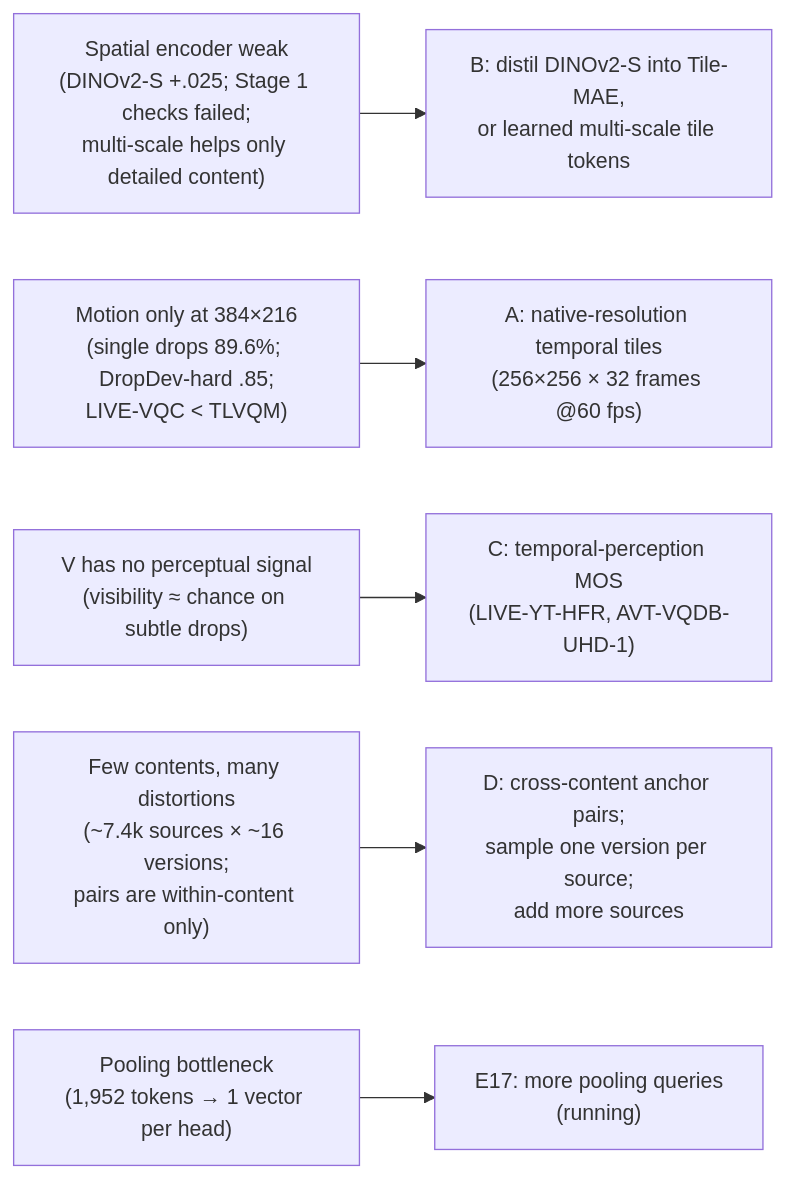
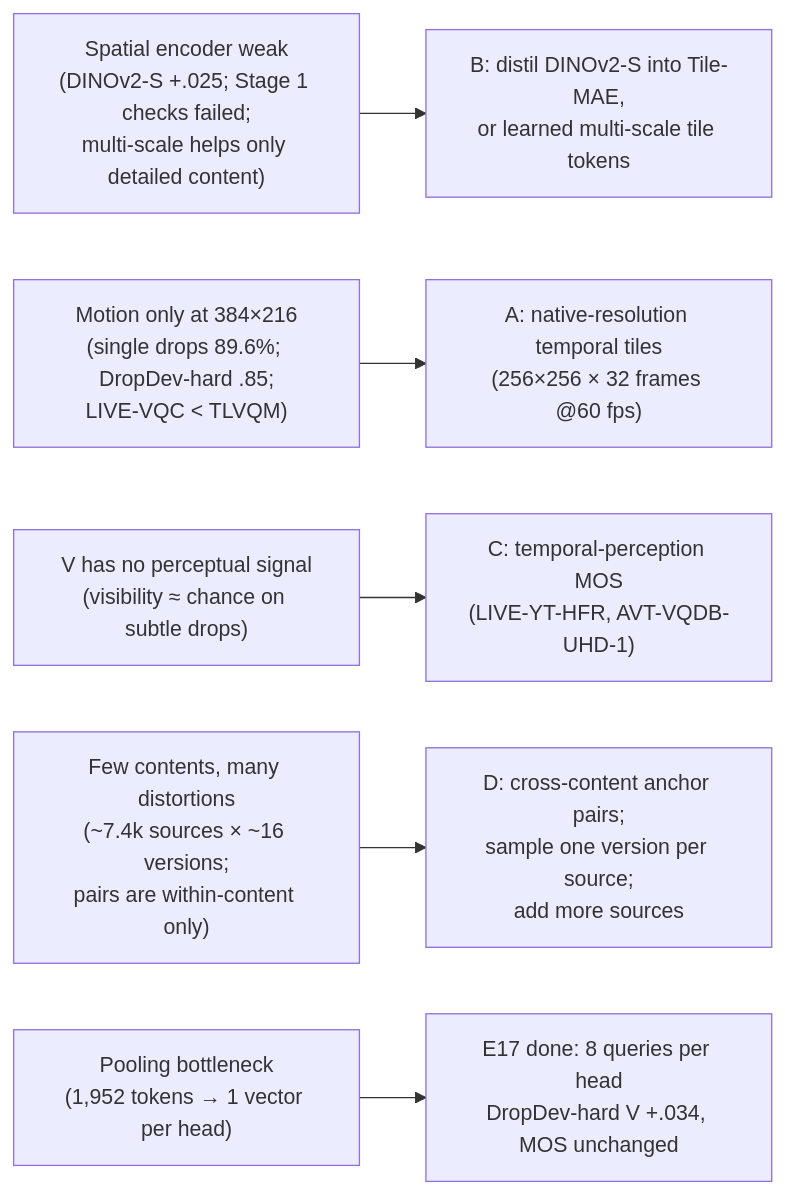
Before and after one commit to rajeshsureddi/FrameDrop: the sixth of 6 diagrams in README.md, drawn with Mermaid. The commit also changed other lines of this file and 33 other files, not shown here.

Commit message:
E17 pooling-query results (dev-only)

````diff
--- a/README.md
+++ b/README.md
@@ -543,8 +562,8 @@
 ```mermaid
 flowchart LR
     W1["Spatial encoder weak<br/>(DINOv2-S +.025; Stage 1 checks failed;<br/>multi-scale helps only detailed content)"] --> B["B: distil DINOv2-S into Tile-MAE,<br/>or learned multi-scale tile tokens"]
     W2["Motion only at 384×216<br/>(single drops 89.6%; DropDev-hard .85;<br/>LIVE-VQC < TLVQM)"] --> A["A: native-resolution temporal tiles<br/>(256×256 × 32 frames @60 fps)"]
     W3["V has no perceptual signal<br/>(visibility ≈ chance on subtle drops)"] --> C["C: temporal-perception MOS<br/>(LIVE-YT-HFR, AVT-VQDB-UHD-1)"]
     W4["Few contents, many distortions<br/>(~7.4k sources × ~16 versions;<br/>pairs are within-content only)"] --> D["D: cross-content anchor pairs;<br/>sample one version per source;<br/>add more sources"]
-    W5["Pooling bottleneck<br/>(1,952 tokens → 1 vector per head)"] --> E["E17: more pooling queries<br/>(running)"]
+    W5["Pooling bottleneck<br/>(1,952 tokens → 1 vector per head)"] --> E["E17 done: 8 queries per head<br/>DropDev-hard V +.034, MOS unchanged"]
 ```
````
